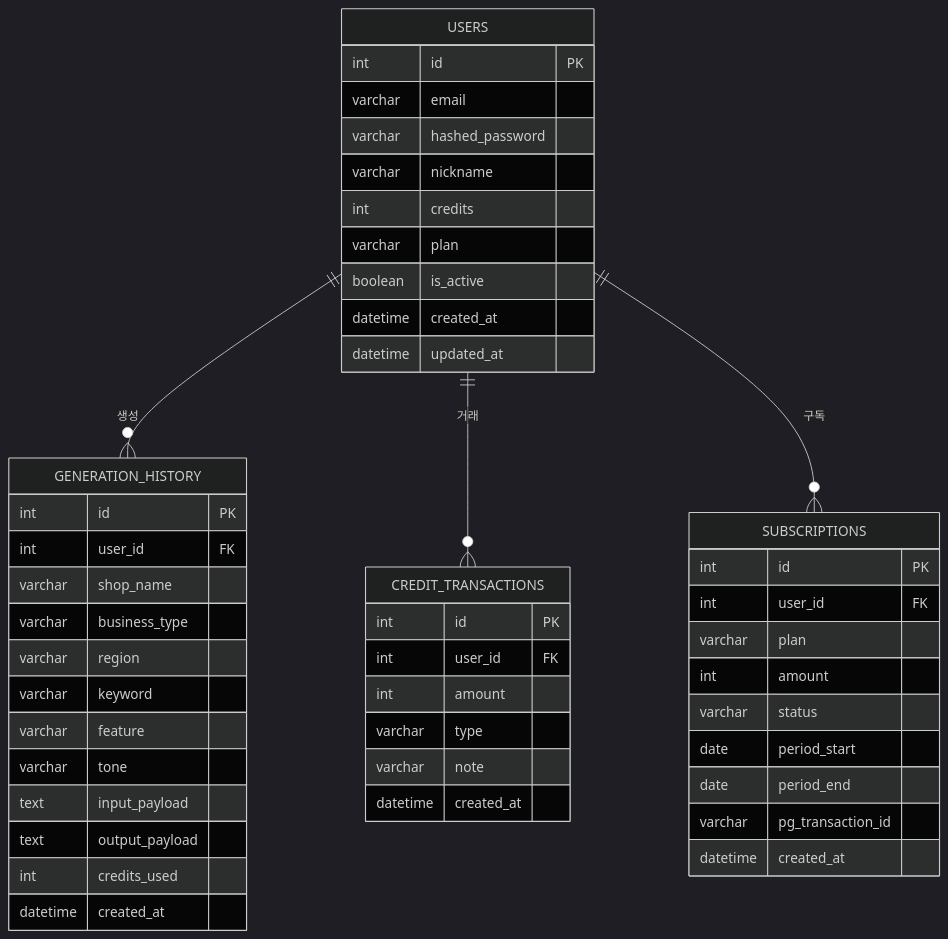
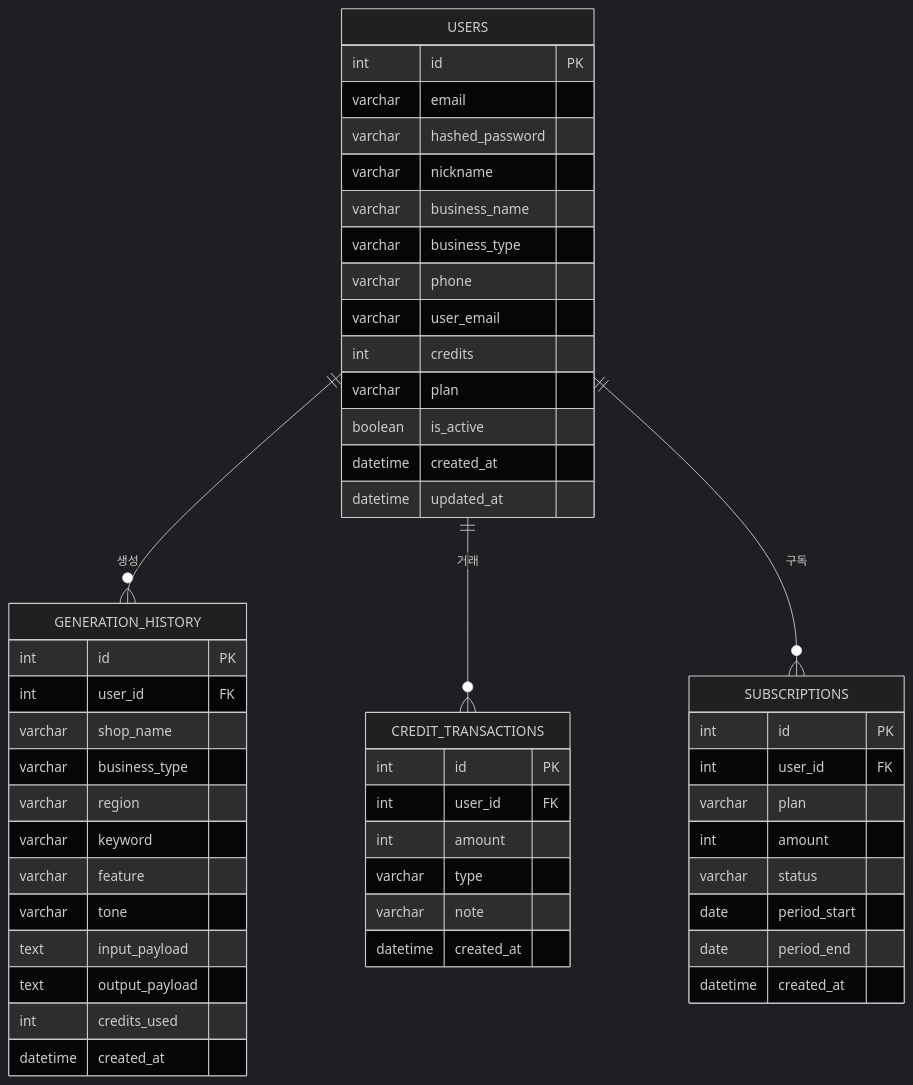
One commit to dsic777/owner_bot changed the diagram in 개발과정.md. Above: the diagram before and after it, drawn with Mermaid (dark theme). The commit also changed other lines of this file, not shown here.

````diff
--- a/개발과정.md
+++ b/개발과정.md
@@ -172,51 +135,54 @@
 ```mermaid
 erDiagram
     USERS {
         int id PK
         varchar email
         varchar hashed_password
         varchar nickname
+        varchar business_name
+        varchar business_type
+        varchar phone
+        varchar user_email
         int credits
         varchar plan
         boolean is_active
         datetime created_at
         datetime updated_at
     }
     GENERATION_HISTORY {
         int id PK
         int user_id FK
         varchar shop_name
         varchar business_type
         varchar region
         varchar keyword
         varchar feature
         varchar tone
         text input_payload
         text output_payload
         int credits_used
         datetime created_at
     }
     CREDIT_TRANSACTIONS {
         int id PK
         int user_id FK
         int amount
         varchar type
         varchar note
         datetime created_at
     }
     SUBSCRIPTIONS {
         int id PK
         int user_id FK
         varchar plan
         int amount
         varchar status
         date period_start
         date period_end
-        varchar pg_transaction_id
         datetime created_at
     }
 
     USERS ||--o{ GENERATION_HISTORY : "생성"
     USERS ||--o{ CREDIT_TRANSACTIONS : "거래"
     USERS ||--o{ SUBSCRIPTIONS : "구독"
 ```
````
